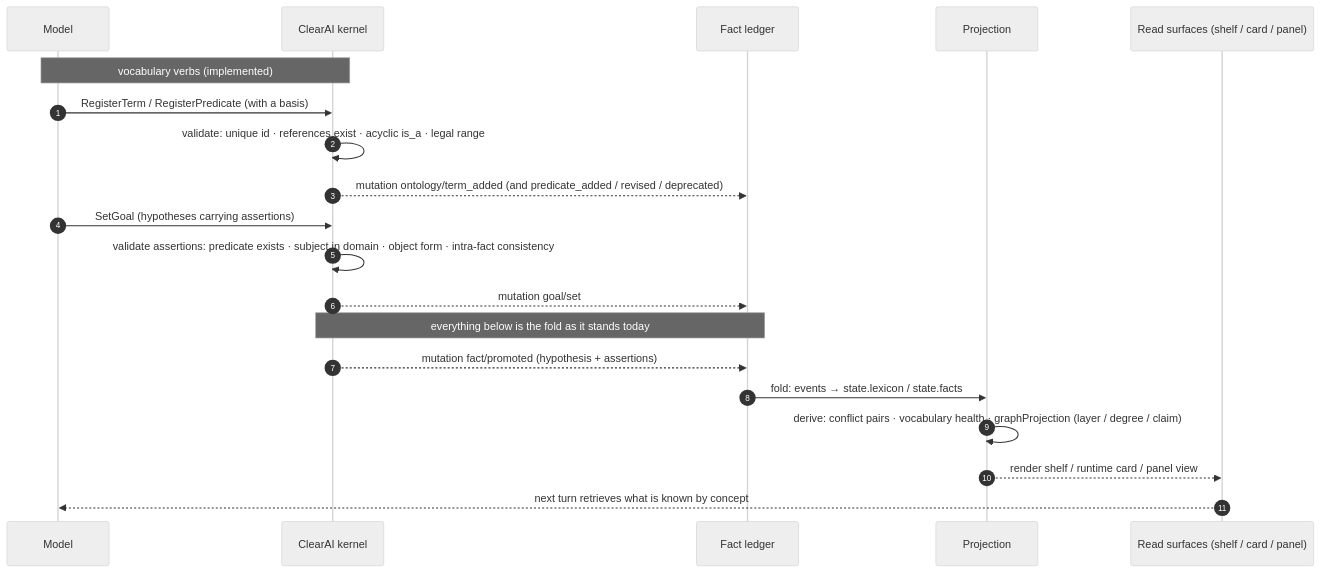
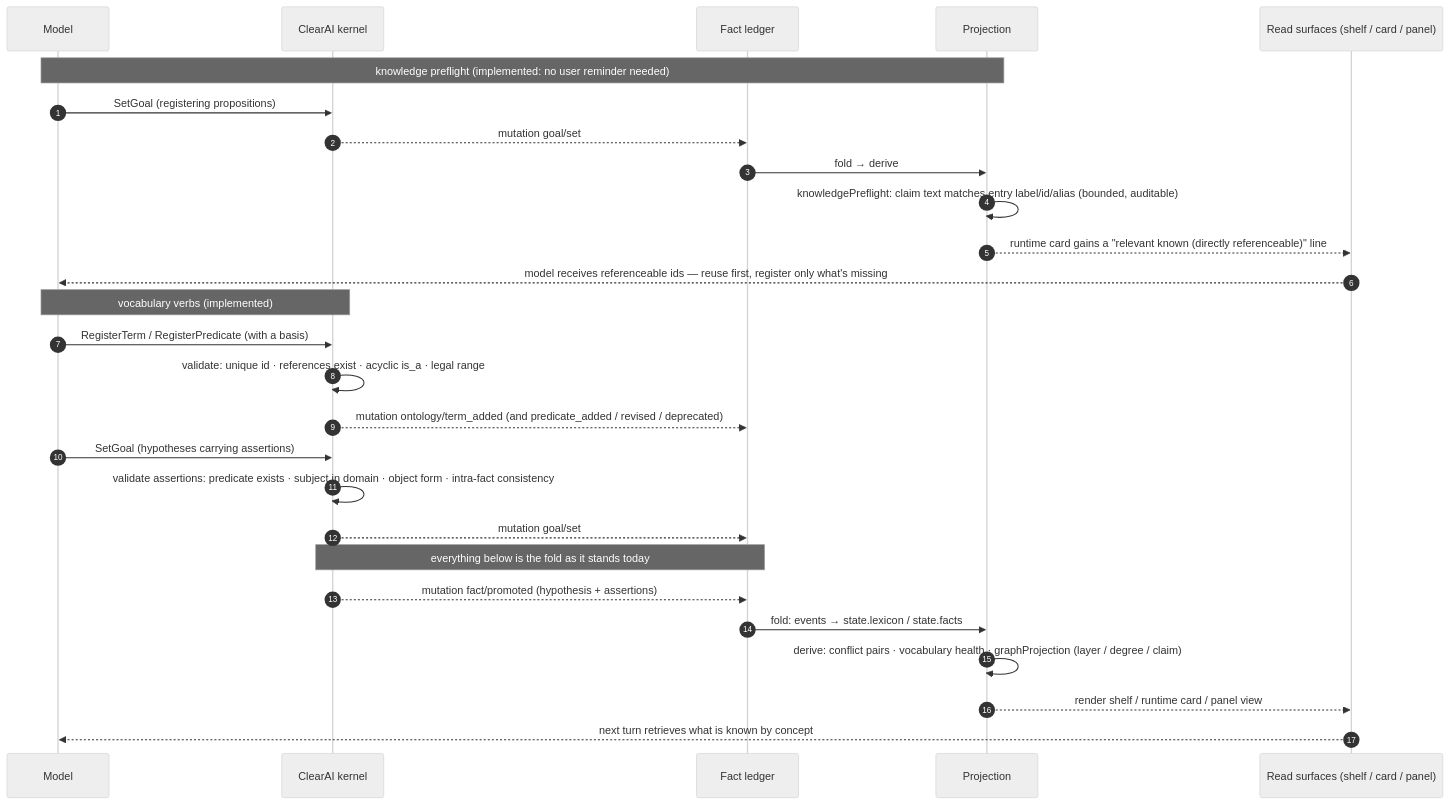
Before and after one commit to Clearailhc/clearai-dsh: the sixth of 7 diagrams in docs/optimization/timing-diagrams.md, drawn with Mermaid (neutral theme). The commit also changed 3 other files, not shown here.

First line of the commit message:
docs: 知识预检的时序图与已知缺口(中英)同步

````diff
--- a/docs/optimization/timing-diagrams.md
+++ b/docs/optimization/timing-diagrams.md
@@ -244,23 +244,31 @@
 ```mermaid
 sequenceDiagram
     autonumber
     participant M as Model
     participant K as ClearAI kernel
     participant L as Fact ledger
     participant P as Projection
     participant G as Read surfaces (shelf / card / panel)
+
+    Note over M,P: knowledge preflight (implemented: no user reminder needed)
+    M->>K: SetGoal (registering propositions)
+    K-->>L: mutation goal/set
+    L->>P: fold → derive
+    P->>P: knowledgePreflight: claim text matches entry label/id/alias (bounded, auditable)
+    P-->>G: runtime card gains a "relevant known (directly referenceable)" line
+    G-->>M: model receives referenceable ids — reuse first, register only what's missing
 
     Note over M,K: vocabulary verbs (implemented)
     M->>K: RegisterTerm / RegisterPredicate (with a basis)
     K->>K: validate: unique id · references exist · acyclic is_a · legal range
     K-->>L: mutation ontology/term_added (and predicate_added / revised / deprecated)
     M->>K: SetGoal (hypotheses carrying assertions)
     K->>K: validate assertions: predicate exists · subject in domain · object form · intra-fact consistency
     K-->>L: mutation goal/set
     Note over K,L: everything below is the fold as it stands today
     K-->>L: mutation fact/promoted (hypothesis + assertions)
     L->>P: fold: events → state.lexicon / state.facts
     P->>P: derive: conflict pairs · vocabulary health · graphProjection (layer / degree / claim)
     P-->>G: render shelf / runtime card / panel view
     G-->>M: next turn retrieves what is known by concept
 ```
````
